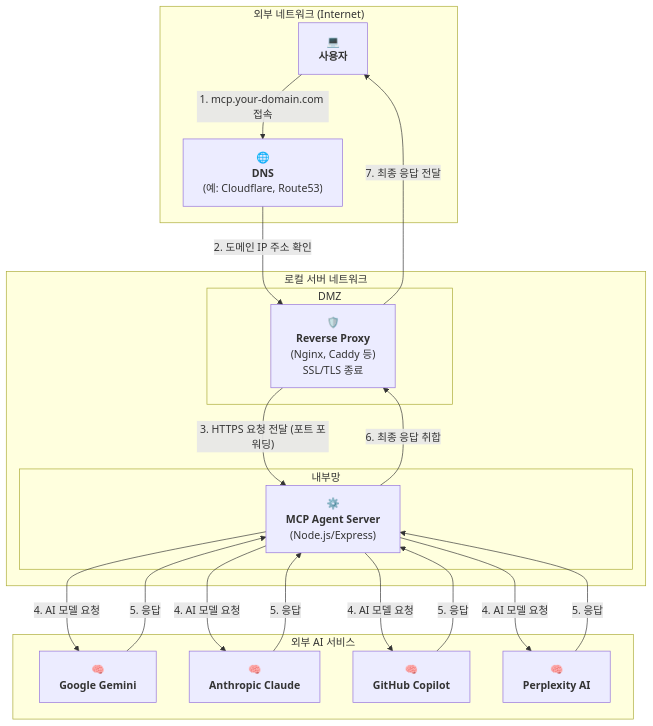
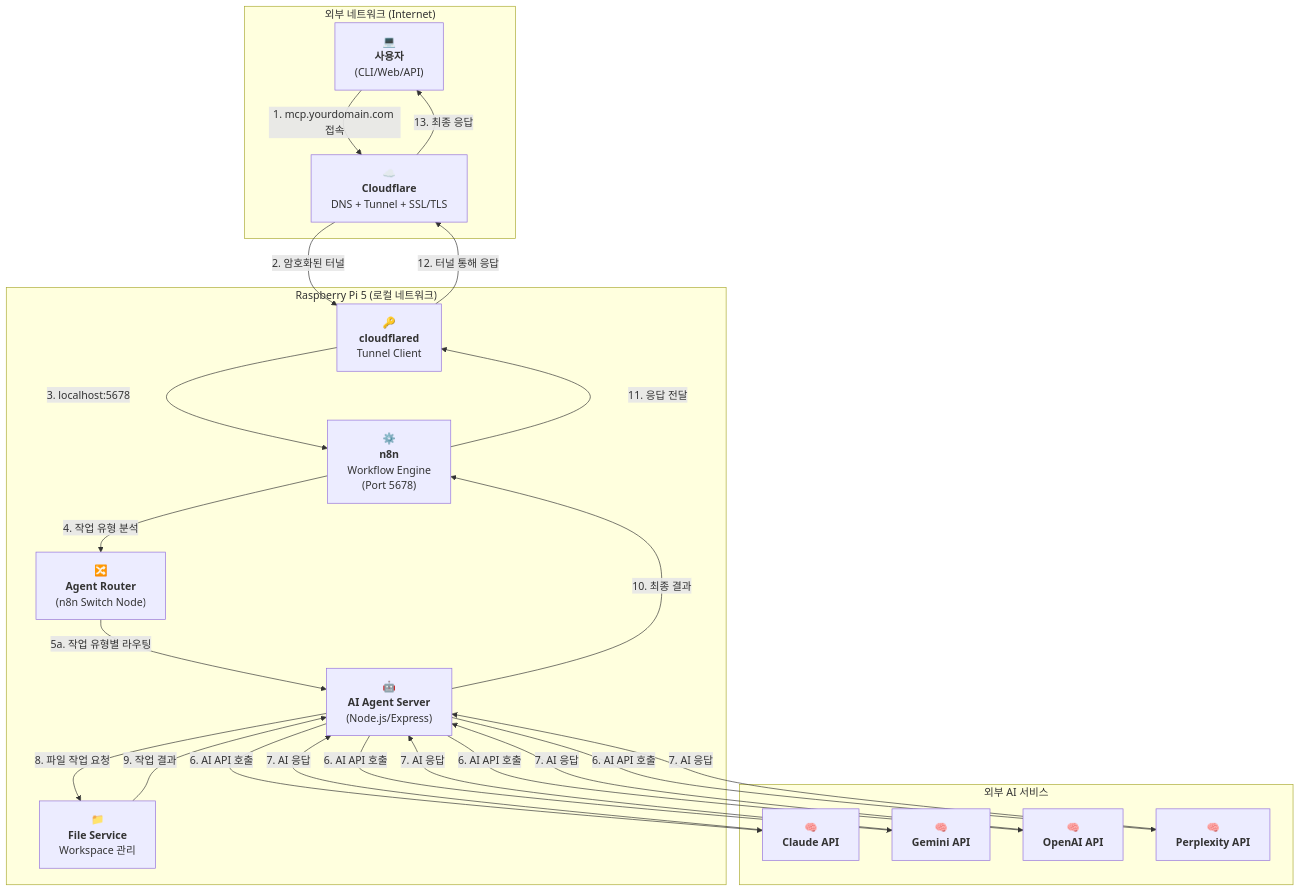
Before and after one commit to hnabyz-bot/mcp-agent-server: the second of 2 diagrams in DEPLOYMENT_GUIDE.md, drawn with Mermaid. The commit also changed other lines of this file and 3 other files, not shown here.

First line of the commit message:
문서 업데이트: n8n + Cloudflare + Raspberry Pi 5 아키텍처로 전면 재설계

````diff
--- a/DEPLOYMENT_GUIDE.md
+++ b/DEPLOYMENT_GUIDE.md
@@ -52,40 +73,44 @@
 ```mermaid
 graph TD
     subgraph "외부 네트워크 (Internet)"
-        User["💻<br><b>사용자</b>"]
-        DNS["🌐<br><b>DNS</b><br>(예: Cloudflare, Route53)"]
+        User["💻<br><b>사용자</b><br>(CLI/Web/API)"]
+        CloudflareNetwork["☁️<br><b>Cloudflare</b><br>DNS + Tunnel + SSL/TLS"]
     end
 
-    subgraph "로컬 서버 네트워크"
-        subgraph "DMZ"
-            RProxy["🛡️<br><b>Reverse Proxy</b><br>(Nginx, Caddy 등)<br>SSL/TLS 종료"]
-        end
-
-        subgraph "내부망"
-            MCPAgentServer["⚙️<br><b>MCP Agent Server</b><br>(Node.js/Express)"]
-        end
+    subgraph "Raspberry Pi 5 (로컬 네트워크)"
+        Cloudflared["🔑<br><b>cloudflared</b><br>Tunnel Client"]
+        N8N["⚙️<br><b>n8n</b><br>Workflow Engine<br>(Port 5678)"]
+        AgentRouter["🔀<br><b>Agent Router</b><br>(n8n Switch Node)"]
+        AgentServer["🤖<br><b>AI Agent Server</b><br>(Node.js/Express)"]
+        FileService["📁<br><b>File Service</b><br>Workspace 관리"]
     end
 
     subgraph "외부 AI 서비스"
-        Gemini["🧠<br><b>Google Gemini</b>"]
-        Claude["🧠<br><b>Anthropic Claude</b>"]
-        Copilot["🧠<br><b>GitHub Copilot</b>"]
-        Perplexity["🧠<br><b>Perplexity AI</b>"]
+        Claude["🧠<br><b>Claude API</b>"]
+        Gemini["🧠<br><b>Gemini API</b>"]
+        OpenAI["🧠<br><b>OpenAI API</b>"]
+        Perplexity["🧠<br><b>Perplexity API</b>"]
     end
 
-    User -- "1. mcp.your-domain.com 접속" --> DNS
-    DNS -- "2. 도메인 IP 주소 확인" --> RProxy
-    RProxy -- "3. HTTPS 요청 전달 (포트 포워딩)" --> MCPAgentServer
-    MCPAgentServer -- "4. AI 모델 요청" --> Gemini
-    MCPAgentServer -- "4. AI 모델 요청" --> Claude
-    MCPAgentServer -- "4. AI 모델 요청" --> Copilot
-    MCPAgentServer -- "4. AI 모델 요청" --> Perplexity
-    
-    Gemini -- "5. 응답" --> MCPAgentServer
-    Claude -- "5. 응답" --> MCPAgentServer
-    Copilot -- "5. 응답" --> MCPAgentServer
-    Perplexity -- "5. 응답" --> MCPAgentServer
+    User -- "1. mcp.yourdomain.com 접속" --> CloudflareNetwork
+    CloudflareNetwork -- "2. 암호화된 터널" --> Cloudflared
+    Cloudflared -- "3. localhost:5678" --> N8N
+    N8N -- "4. 작업 유형 분석" --> AgentRouter
+    AgentRouter -- "5a. 작업 유형별 라우팅" --> AgentServer
+    AgentServer -- "6. AI API 호출" --> Claude
+    AgentServer -- "6. AI API 호출" --> Gemini
+    AgentServer -- "6. AI API 호출" --> OpenAI
+    AgentServer -- "6. AI API 호출" --> Perplexity
 
-    MCPAgentServer -- "6. 최종 응답 취합" --> RProxy
-    RProxy -- "7. 최종 응답 전달" --> User
+    Claude -- "7. AI 응답" --> AgentServer
+    Gemini -- "7. AI 응답" --> AgentServer
+    OpenAI -- "7. AI 응답" --> AgentServer
+    Perplexity -- "7. AI 응답" --> AgentServer
+
+    AgentServer -- "8. 파일 작업 요청" --> FileService
+    FileService -- "9. 작업 결과" --> AgentServer
+    AgentServer -- "10. 최종 결과" --> N8N
+    N8N -- "11. 응답 전달" --> Cloudflared
+    Cloudflared -- "12. 터널 통해 응답" --> CloudflareNetwork
+    CloudflareNetwork -- "13. 최종 응답" --> User
 ```
````
